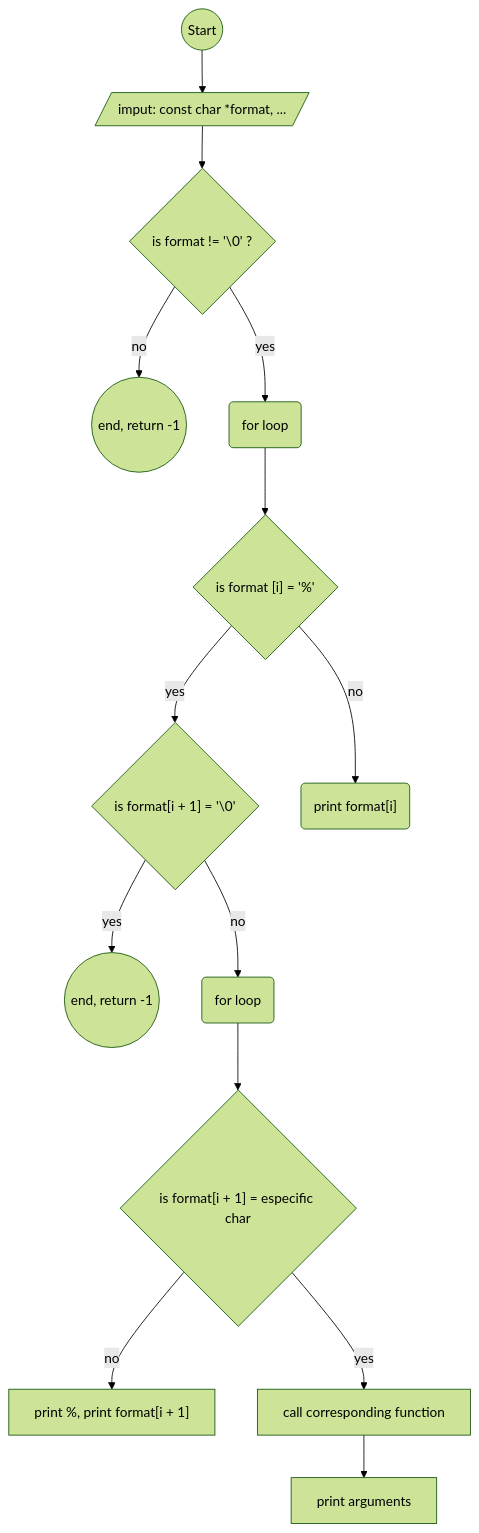
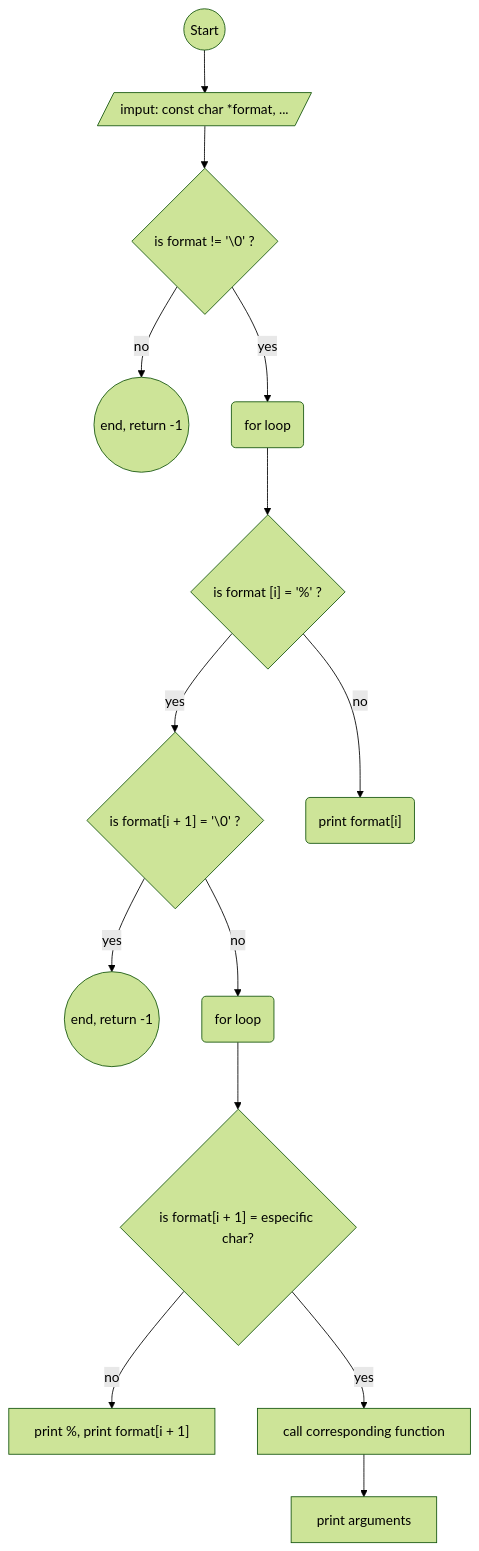
The diagram in README.md (Imartino4/holbertonschool-printf), drawn with Mermaid (forest theme) before and after one commit. The commit also changed other lines of this file, not shown here.

Commit message:
start whit flowchart

````diff
--- a/README.md
+++ b/README.md
@@ -22,24 +22,24 @@
 ```mermaid
 graph TD;
 
     s((Start))-->i[/imput: const char *format, .../];
 
     i[/imput: const char *format, .../]-->f1{is format != '\0' ?};
 
     f1{is format != '\0' ?}-->|no|r1((end, return -1));
     f1{is format != '\0' ?}-->|yes|fl(for loop);
 
-    fl(for loop)-->if{"is format [i] = '%'"};
+    fl(for loop)-->if{"is format [i] = '%' ?"};
 
-    if{"is format [i] = '%'"}-->|yes|if2{"is format[i + 1] = '\0'"};
-    if{"is format [i] = '%'"}-->|no|p1("print format[i]");
+    if{"is format [i] = '%' ?"}-->|yes|if2{"is format[i + 1] = '\0' ?"};
+    if{"is format [i] = '%' ?"}-->|no|p1("print format[i]");
 
-    if2{"is format[i + 1] = '\0'"}-->|yes|r2((end, return -1));
-    if2{"is format[i + 1] = '\0'"}-->|no|f2(for loop);
-    f2(for loop)-->if3{"is format[i + 1] = especific char"};
+    if2{"is format[i + 1] = '\0' ?"}-->|yes|r2((end, return -1));
+    if2{"is format[i + 1] = '\0' ?"}-->|no|f2(for loop);
+    f2(for loop)-->if3{"is format[i + 1] = especific char?"};
 
-    if3{"is format[i + 1] = especific char"}-->|no|pr["print %, print format[i + 1]"];
-    if3{"is format[i + 1] = especific char"}-->|yes|call["call corresponding function"];
+    if3{"is format[i + 1] = especific char?"}-->|no|pr["print %, print format[i + 1]"];
+    if3{"is format[i + 1] = especific char?"}-->|yes|call["call corresponding function"];
     call["call corresponding function"]-->finish["print arguments"];
 
 ```
````
